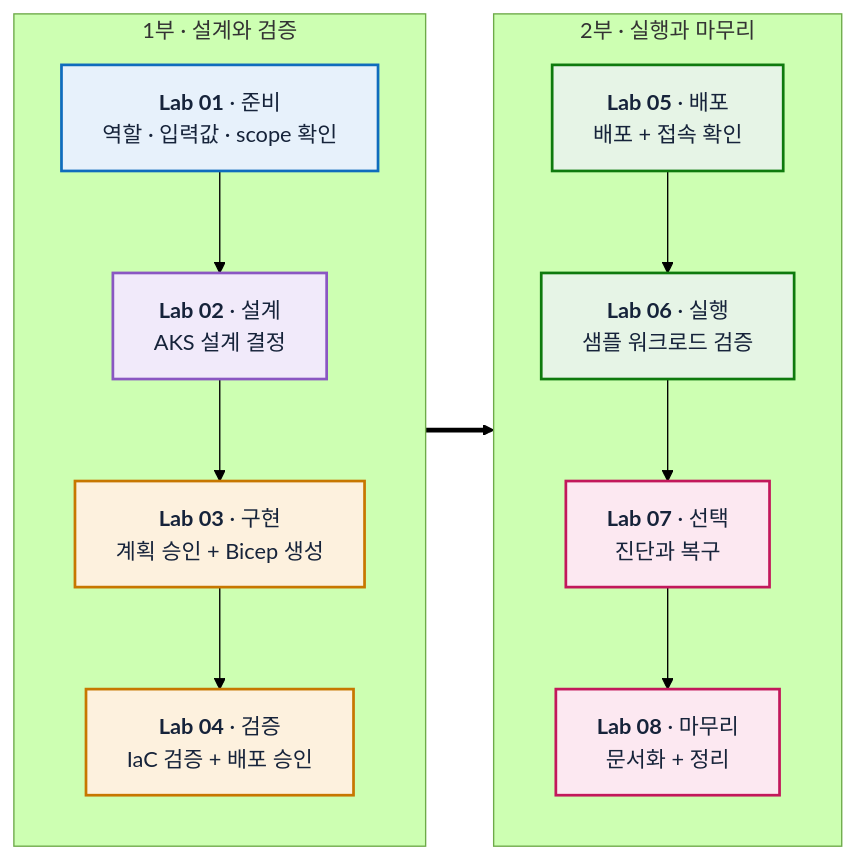
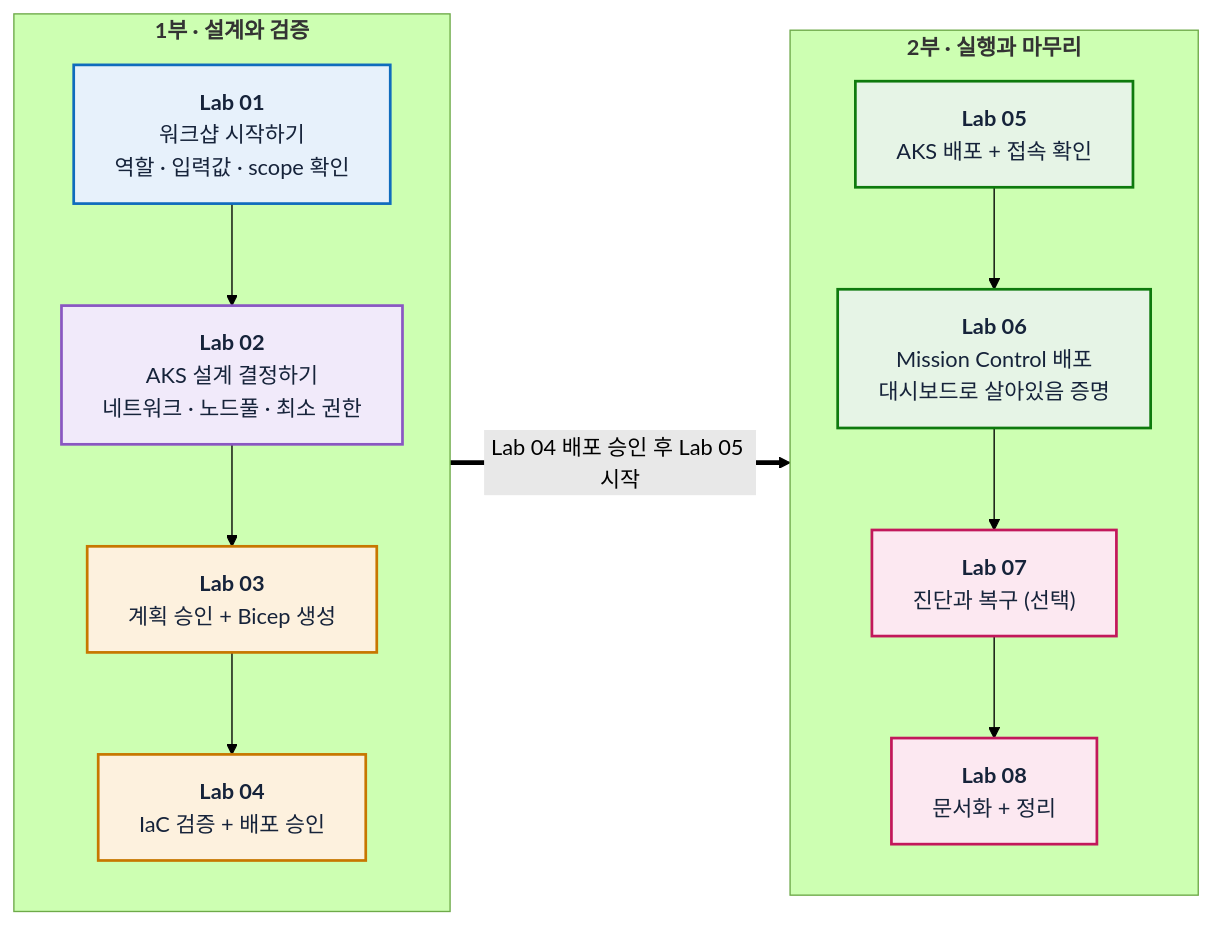
The diagram in README.md (wonsungso/azure-infra-skills-workshop), drawn with Mermaid (forest theme) before and after one commit. The commit also changed other lines of this file and 15 other files, not shown here.

First line of the commit message:
Make workshop fully self-service and add Mission Control dashboard

````diff
--- a/README.md
+++ b/README.md
@@ -9,34 +42,34 @@
 ```mermaid
 flowchart LR
-    subgraph PART1["1부 · 설계와 검증"]
+    subgraph PART1["<b>1부 · 설계와 검증</b>"]
         direction TB
-        A["<b>Lab 01</b> · 준비<br/>역할 · 입력값 · scope 확인"]
-        B["<b>Lab 02</b> · 설계<br/>AKS 설계 결정"]
-        C["<b>Lab 03</b> · 구현<br/>계획 승인 + Bicep 생성"]
-        D["<b>Lab 04</b> · 검증<br/>IaC 검증 + 배포 승인"]
+        A["<b>Lab 01</b><br/>워크샵 시작하기<br/>역할 · 입력값 · scope 확인"]
+        B["<b>Lab 02</b><br/>AKS 설계 결정하기<br/>네트워크 · 노드풀 · 최소 권한"]
+        C["<b>Lab 03</b><br/>계획 승인 + Bicep 생성"]
+        D["<b>Lab 04</b><br/>IaC 검증 + 배포 승인"]
         A --> B --> C --> D
     end
 
-    subgraph PART2["2부 · 실행과 마무리"]
+    subgraph PART2["<b>2부 · 실행과 마무리</b>"]
         direction TB
-        E["<b>Lab 05</b> · 배포<br/>배포 + 접속 확인"]
-        F["<b>Lab 06</b> · 실행<br/>샘플 워크로드 검증"]
-        G["<b>Lab 07</b> · 선택<br/>진단과 복구"]
-        H["<b>Lab 08</b> · 마무리<br/>문서화 + 정리"]
+        E["<b>Lab 05</b><br/>AKS 배포 + 접속 확인"]
+        F["<b>Lab 06</b><br/>Mission Control 배포<br/>대시보드로 살아있음 증명"]
+        G["<b>Lab 07</b><br/>진단과 복구 (선택)"]
+        H["<b>Lab 08</b><br/>문서화 + 정리"]
         E --> F --> G --> H
     end
 
-    D ==> E
+    PART1 ==>|"Lab 04 배포 승인 후 Lab 05 시작"| PART2
 
     classDef prep fill:#E7F1FB,stroke:#0F6CBD,stroke-width:2px,color:#16233A
     classDef design fill:#F1EAFA,stroke:#8A57C2,stroke-width:2px,color:#16233A
     classDef build fill:#FDF1DE,stroke:#C77700,stroke-width:2px,color:#16233A
     classDef run fill:#E6F4E6,stroke:#0E7A0D,stroke-width:2px,color:#16233A
     classDef wrap fill:#FCE8F1,stroke:#C2185B,stroke-width:2px,color:#16233A
 
     class A prep
     class B design
     class C,D build
     class E,F run
     class G,H wrap
 ```
````
